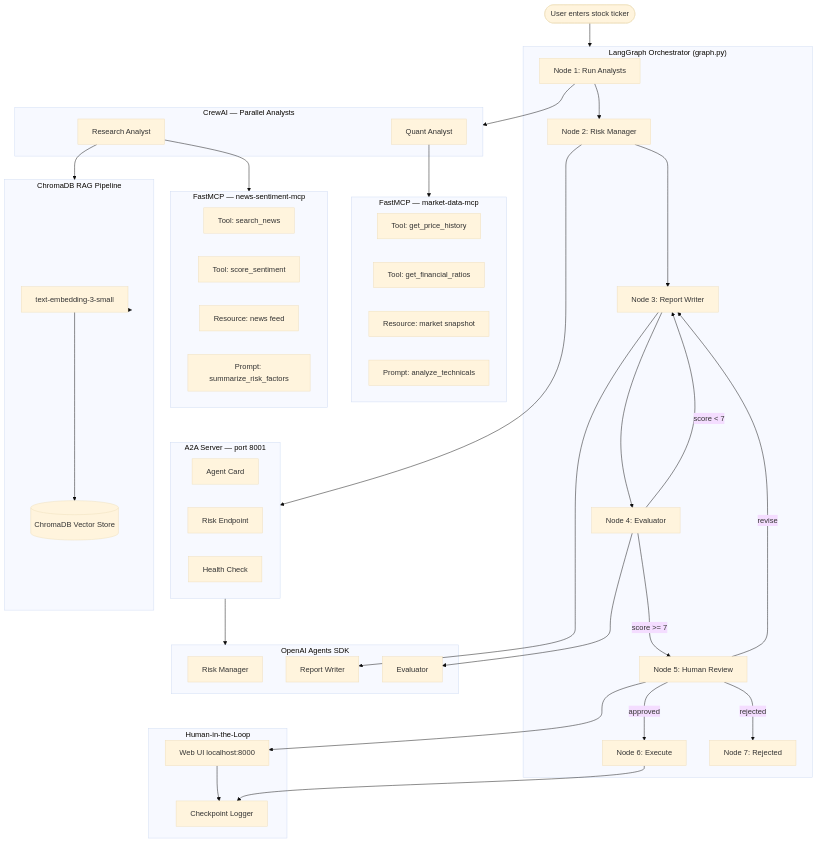
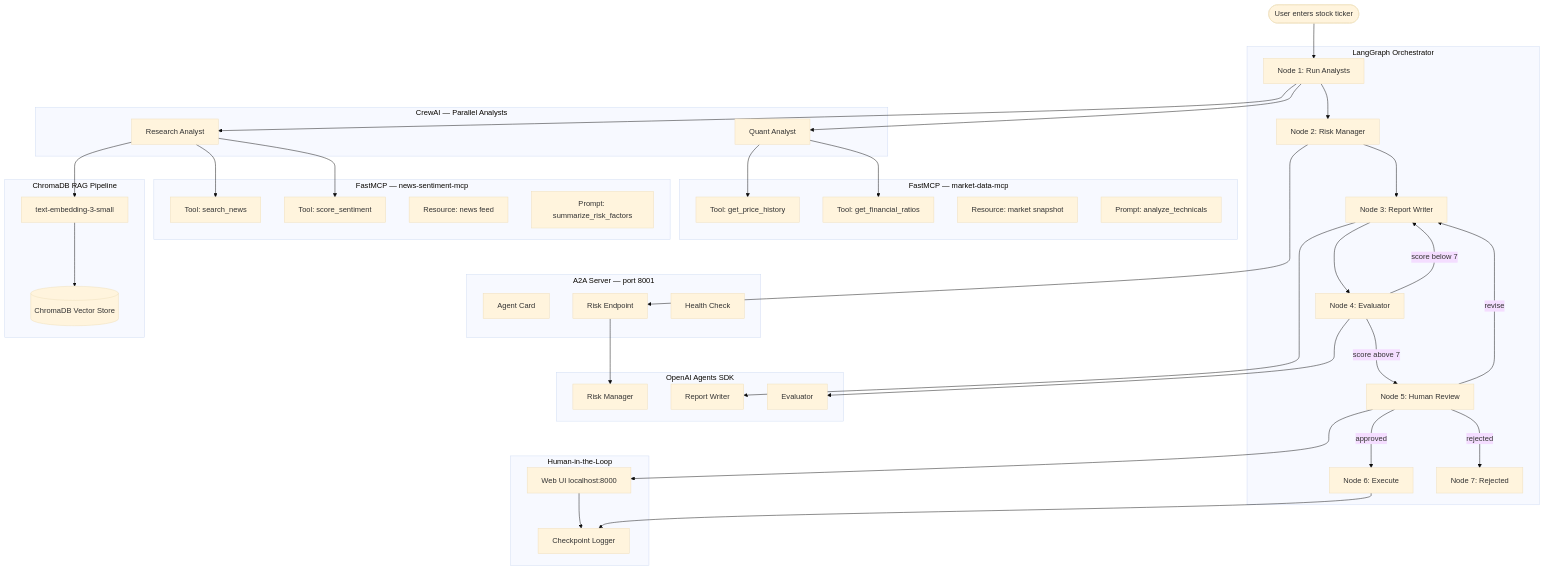
One commit to XhoanaPole/tradeiq-multi-agent-investment-system changed the diagram in ARCHITECTURE.md. Above: the diagram before and after it, drawn with Mermaid (base theme).

Commit message:
Fix Mermaid diagram - remove invalid chars and subgraph connections

````diff
--- a/ARCHITECTURE.md
+++ b/ARCHITECTURE.md
@@ -5,69 +5,72 @@
 ```mermaid
 flowchart TD
-    User([User enters stock ticker]) --> LG
+    User([User enters stock ticker]) --> N1
 
-    subgraph LG["LangGraph Orchestrator (graph.py)"]
+    subgraph LG["LangGraph Orchestrator"]
         N1[Node 1: Run Analysts] --> N2[Node 2: Risk Manager]
         N2 --> N3[Node 3: Report Writer]
         N3 --> N4[Node 4: Evaluator]
-        N4 -->|score < 7| N3
-        N4 -->|score >= 7| N5[Node 5: Human Review]
+        N4 -->|score below 7| N3
+        N4 -->|score above 7| N5[Node 5: Human Review]
         N5 -->|approved| N6[Node 6: Execute]
         N5 -->|rejected| N7[Node 7: Rejected]
         N5 -->|revise| N3
     end
 
     subgraph CREW["CrewAI — Parallel Analysts"]
         RA[Research Analyst]
         QA[Quant Analyst]
     end
 
     subgraph OAI["OpenAI Agents SDK"]
         RM[Risk Manager]
         RW[Report Writer]
         EV[Evaluator]
     end
 
     subgraph A2A["A2A Server — port 8001"]
         AC[Agent Card]
         AE[Risk Endpoint]
         AH[Health Check]
     end
 
     subgraph MCP1["FastMCP — market-data-mcp"]
         T1[Tool: get_price_history]
         T2[Tool: get_financial_ratios]
         R1[Resource: market snapshot]
         P1[Prompt: analyze_technicals]
     end
 
     subgraph MCP2["FastMCP — news-sentiment-mcp"]
         T3[Tool: search_news]
         T4[Tool: score_sentiment]
         R2[Resource: news feed]
         P2[Prompt: summarize_risk_factors]
     end
 
     subgraph RAG["ChromaDB RAG Pipeline"]
         EMB[text-embedding-3-small]
         VDB[(ChromaDB Vector Store)]
     end
 
     subgraph HITL["Human-in-the-Loop"]
         UI[Web UI localhost:8000]
         CP[Checkpoint Logger]
     end
 
-    N1 --> CREW
-    RA --> MCP2
-    RA --> RAG
-    QA --> MCP1
-    RAG --> EMB --> VDB
-    N2 --> A2A
-    A2A --> OAI
+    N1 --> RA
+    N1 --> QA
+    RA --> T3
+    RA --> T4
+    RA --> EMB
+    EMB --> VDB
+    QA --> T1
+    QA --> T2
+    N2 --> AE
+    AE --> RM
     N3 --> RW
     N4 --> EV
     N5 --> UI
     UI --> CP
     N6 --> CP
 ```
````
